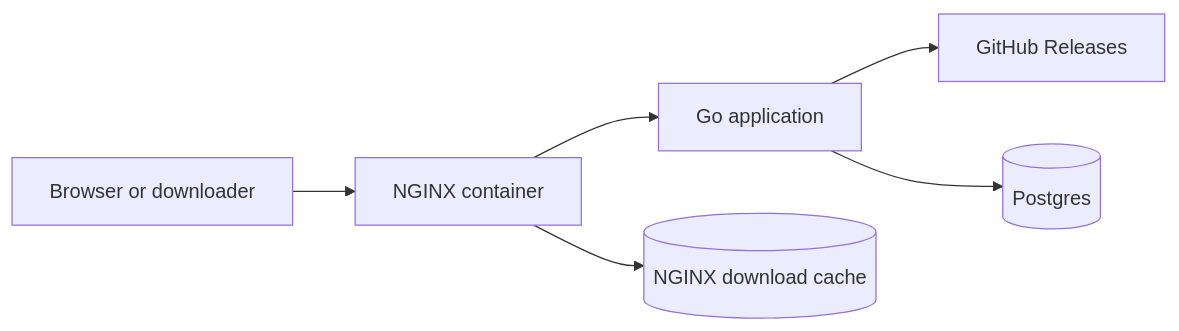
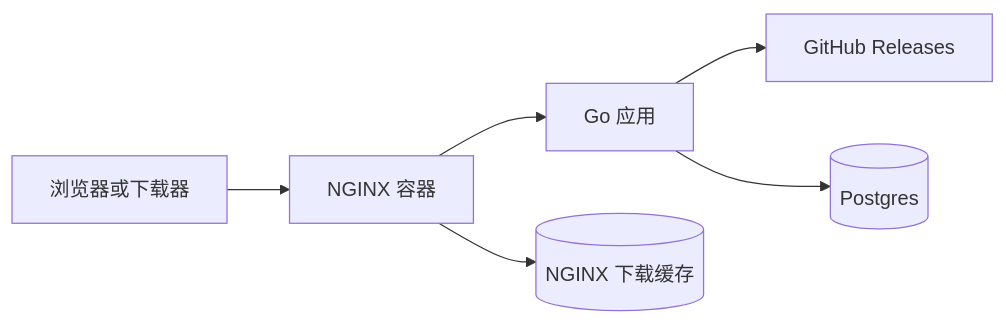
Before and after one commit to 1996fanrui/gh-downloader: the diagram in docs/download-architecture.md, drawn with Mermaid. The commit also changed other lines of this file and 2 other files, not shown here.

````diff
--- a/docs/download-architecture.md
+++ b/docs/download-architecture.md
@@ -9,8 +7,8 @@
 ```mermaid
 flowchart LR
-    browser[Browser or downloader] --> nginx[NGINX container]
-    nginx --> app[Go application]
+    browser[浏览器或下载器] --> nginx[NGINX 容器]
+    nginx --> app[Go 应用]
     app --> github[GitHub Releases]
     app --> postgres[(Postgres)]
-    nginx --> cache[(NGINX download cache)]
+    nginx --> cache[(NGINX 下载缓存)]
 ```
````
